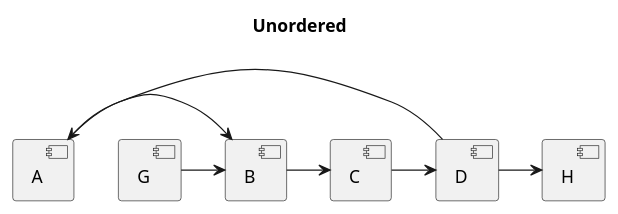
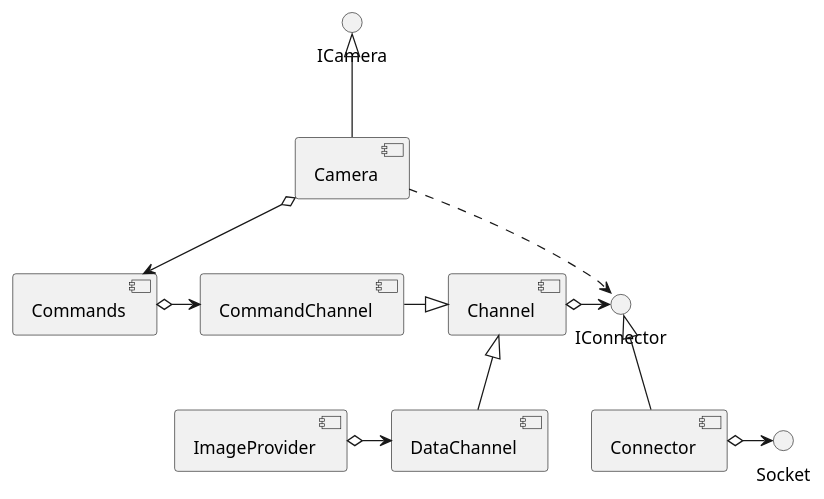
The seventh of 7 diagrams in doc/examples.md (michael72/plantuml-helpers), drawn with PlantUML before and after one commit. The commit also changed other lines of this file and 2 other files, not shown here.

````diff
--- a/doc/examples.md
+++ b/doc/examples.md
@@ -150,11 +150,14 @@
 ```plantuml
 @startuml
-title Unordered
-[A] -> [B]
-[B] -> [C]
-[C] -> [D]
-[D] -> [A]
-[G] -> [B]
-[D] -> [H]
+ICamera <|-- [Camera]
+[Camera] o--> [Commands]
+[Camera] .> IConnector
+[Commands] o-> [CommandChannel]
+[Channel] o-> IConnector
+IConnector <|-- [Connector]
+[CommandChannel] -|> [Channel]
+[Channel] <|-- [DataChannel]
+[Connector] o-> Socket
+[ImageProvider] o-> [DataChannel]
 @enduml
 ```
````
